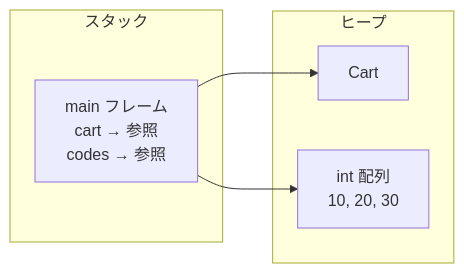
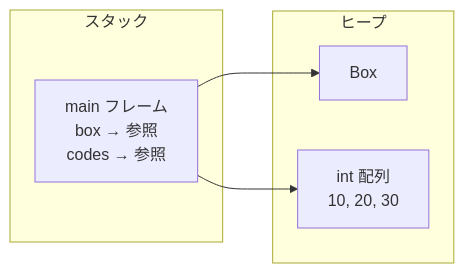
The third of 7 diagrams in docs/languages/java/basics/010_types-and-memory.mdx (skphotograph/tech-map), drawn with Mermaid before and after one commit. The commit also changed other lines of this file and 21 other files, not shown here.

````diff
--- a/docs/languages/java/basics/010_types-and-memory.mdx
+++ b/docs/languages/java/basics/010_types-and-memory.mdx
@@ -113,14 +139,14 @@
 ```mermaid
 flowchart LR
     subgraph Stack["スタック"]
-        main["main フレーム<br/>cart → 参照<br/>codes → 参照"]
+        main["main フレーム<br/>box → 参照<br/>codes → 参照"]
     end
 
     subgraph Heap["ヒープ"]
-        cart["Cart"]
+        box["Box"]
         codes["int 配列<br/>10, 20, 30"]
     end
 
-    main --> cart
+    main --> box
     main --> codes
 ```
````
